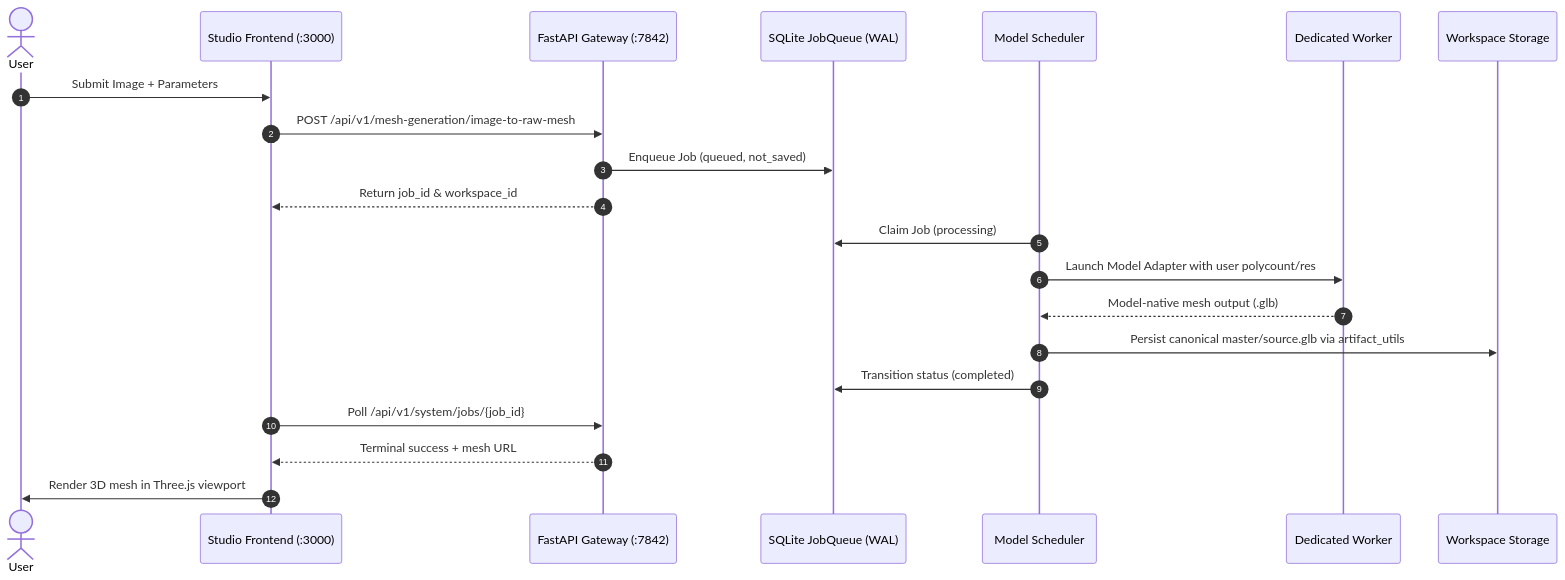
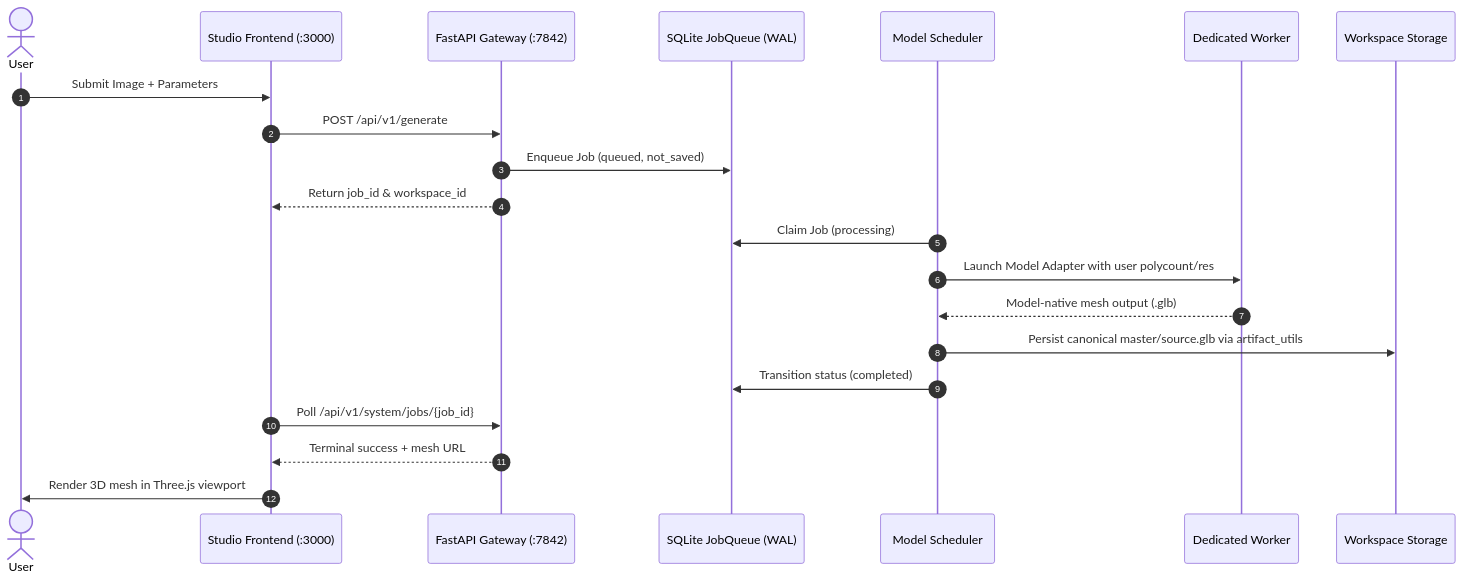
Before and after one commit to Silentzx2/ForMesh3D: the second of 2 diagrams in Docs/SYSTEM-BLUEPRINT.md, drawn with Mermaid. The commit also changed 30 other files, not shown here.

Commit message:
feat(api): consolidate workspace endpoints and remove legacy mesh editing

````diff
--- a/Docs/SYSTEM-BLUEPRINT.md
+++ b/Docs/SYSTEM-BLUEPRINT.md
@@ -75,24 +75,24 @@
 ```mermaid
 sequenceDiagram
     autonumber
     actor User
     participant Frontend as Studio Frontend (:3000)
     participant API as FastAPI Gateway (:7842)
     participant Queue as SQLite JobQueue (WAL)
     participant Scheduler as Model Scheduler
     participant Worker as Dedicated Worker
     participant Storage as Workspace Storage
 
     User->>Frontend: Submit Image + Parameters
-    Frontend->>API: POST /api/v1/mesh-generation/image-to-raw-mesh
+    Frontend->>API: POST /api/v1/generate
     API->>Queue: Enqueue Job (queued, not_saved)
     API-->>Frontend: Return job_id & workspace_id
     Scheduler->>Queue: Claim Job (processing)
     Scheduler->>Worker: Launch Model Adapter with user polycount/res
     Worker-->>Scheduler: Model-native mesh output (.glb)
     Scheduler->>Storage: Persist canonical master/source.glb via artifact_utils
     Scheduler->>Queue: Transition status (completed)
     Frontend->>API: Poll /api/v1/system/jobs/{job_id}
     API-->>Frontend: Terminal success + mesh URL
     Frontend->>User: Render 3D mesh in Three.js viewport
 ```
````
